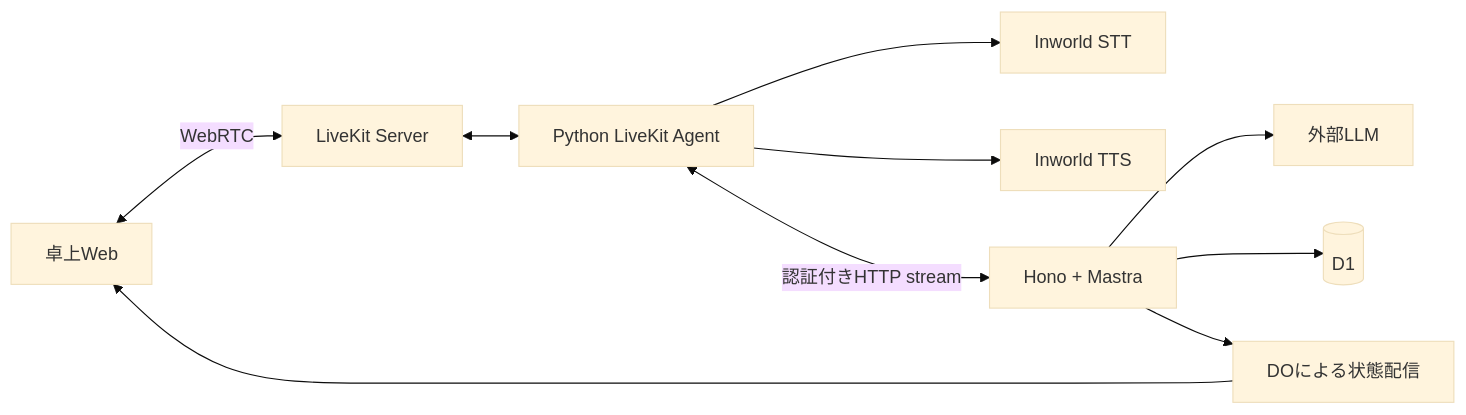
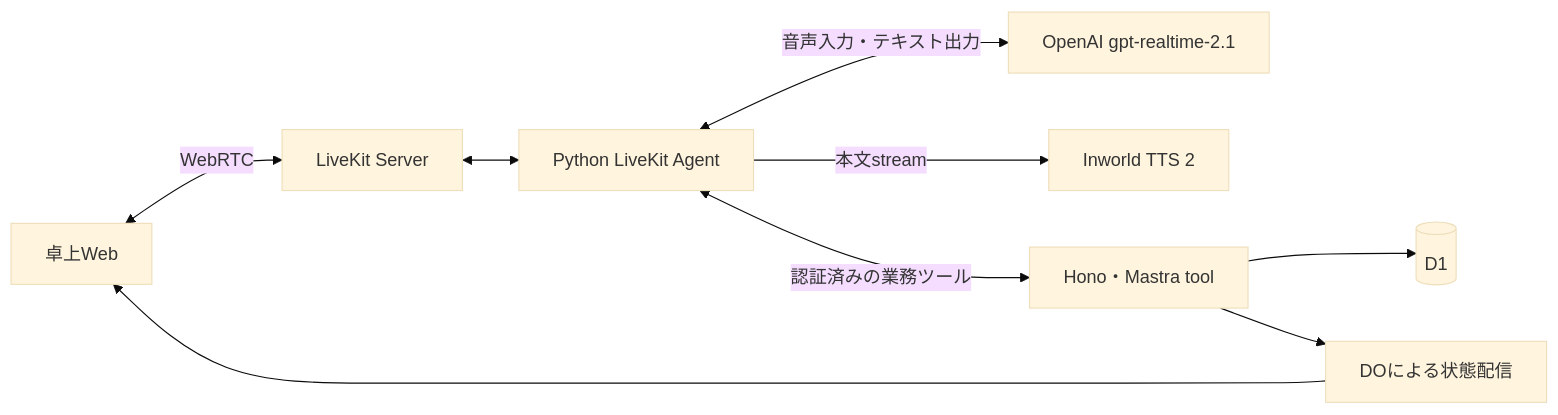
The diagram in docs/voice/integration.md (kit-codex-hack-fes-2026/tablecast-poc), drawn with Mermaid (base theme) before and after one commit. The commit also changed other lines of this file and 22 other files, not shown here.

First line of the commit message:
feat(voice): ✨ adopt OpenAI Realtime half-cascade

````diff
--- a/docs/voice/integration.md
+++ b/docs/voice/integration.md
@@ -7,12 +7,11 @@
 ```mermaid
 flowchart LR
     K[卓上Web] <-->|WebRTC| L[LiveKit Server]
     L <--> P[Python LiveKit Agent]
-    P --> S[Inworld STT]
-    P --> T[Inworld TTS]
-    P <-->|認証付きHTTP stream| H[Hono + Mastra]
-    H --> M[外部LLM]
+    P <-->|音声入力・テキスト出力| O[OpenAI gpt-realtime-2.1]
+    P -->|本文stream| T[Inworld TTS 2]
+    P <-->|認証済みの業務ツール| H[Hono・Mastra tool]
     H --> D[(D1)]
     H --> R[DOによる状態配信]
     R --> K
 ```
````
